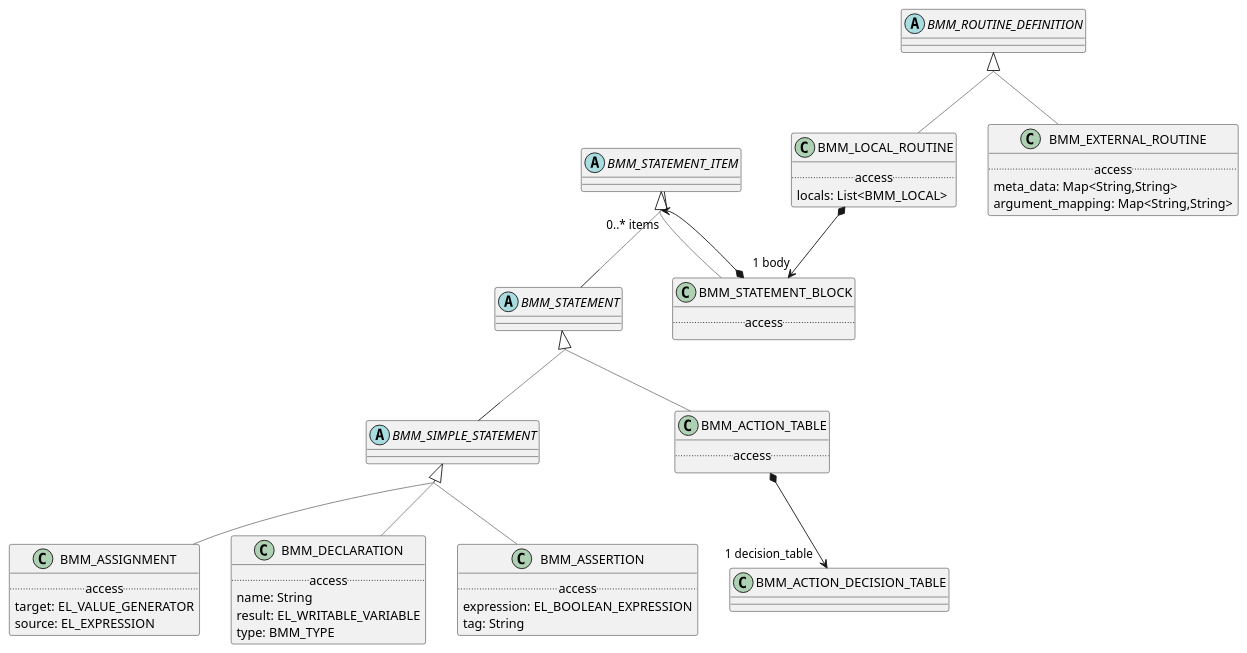
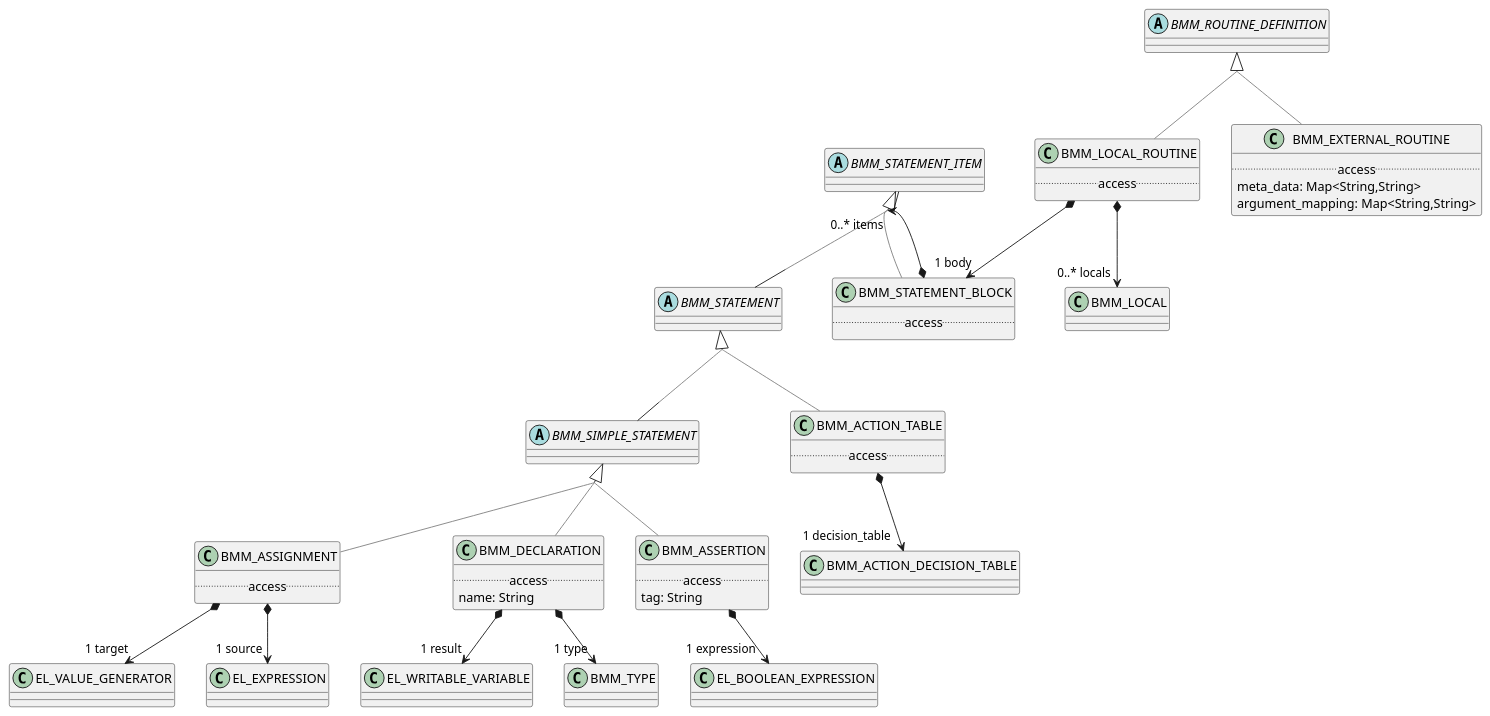
One commit to wolandscat/openehr-doc changed the diagram in modules/ROOT/examples/bmm/languages/bmm/bmm_model/statement/statement-package-uml.adoc. Above: the diagram before and after it, drawn with PlantUML. The commit also changed 30 other files, not shown here.

```diff
--- a/modules/ROOT/examples/bmm/languages/bmm/bmm_model/statement/statement-package-uml.adoc
+++ b/modules/ROOT/examples/bmm/languages/bmm/bmm_model/statement/statement-package-uml.adoc
@@ -8,12 +8,14 @@
 
 class BMM_ASSIGNMENT [[/openehr-doc/latest/languages/bmm-gen.html#_class_bmm_assignment]] {
         .. access ..
-        target: EL_VALUE_GENERATOR
-        source: EL_EXPRESSION
 }
 
 BMM_ASSIGNMENT -[#gray]up-|> BMM_SIMPLE_STATEMENT  
 
+
+BMM_ASSIGNMENT *--> "1 target" EL_VALUE_GENERATOR
+
+BMM_ASSIGNMENT *--> "1 source" EL_EXPRESSION
 
 abstract class BMM_SIMPLE_STATEMENT [[/openehr-doc/latest/languages/bmm-gen.html#_class_bmm_simple_statement]] {
 }
@@ -27,11 +29,12 @@
 
 class BMM_LOCAL_ROUTINE [[/openehr-doc/latest/languages/bmm-gen.html#_class_bmm_local_routine]] {
         .. access ..
-        locals: List<BMM_LOCAL>
 }
 
 BMM_LOCAL_ROUTINE -[#gray]up-|> BMM_ROUTINE_DEFINITION  
 
+
+BMM_LOCAL_ROUTINE *--> "0..* locals" BMM_LOCAL
 
 BMM_LOCAL_ROUTINE *--> "1 body" BMM_STATEMENT_BLOCK
 
@@ -42,12 +45,14 @@
 class BMM_DECLARATION [[/openehr-doc/latest/languages/bmm-gen.html#_class_bmm_declaration]] {
         .. access ..
         name: String
-        result: EL_WRITABLE_VARIABLE
-        type: BMM_TYPE
 }
 
 BMM_DECLARATION -[#gray]up-|> BMM_SIMPLE_STATEMENT  
 
+
+BMM_DECLARATION *--> "1 result" EL_WRITABLE_VARIABLE
+
+BMM_DECLARATION *--> "1 type" BMM_TYPE
 
 class BMM_ACTION_TABLE [[/openehr-doc/latest/languages/bmm-gen.html#_class_bmm_action_table]] {
         .. access ..
@@ -60,12 +65,13 @@
 
 class BMM_ASSERTION [[/openehr-doc/latest/languages/bmm-gen.html#_class_bmm_assertion]] {
         .. access ..
-        expression: EL_BOOLEAN_EXPRESSION
         tag: String
 }
 
 BMM_ASSERTION -[#gray]up-|> BMM_SIMPLE_STATEMENT  
 
+
+BMM_ASSERTION *--> "1 expression" EL_BOOLEAN_EXPRESSION
 
 abstract class BMM_STATEMENT [[/openehr-doc/latest/languages/bmm-gen.html#_class_bmm_statement]] {
 }
```
